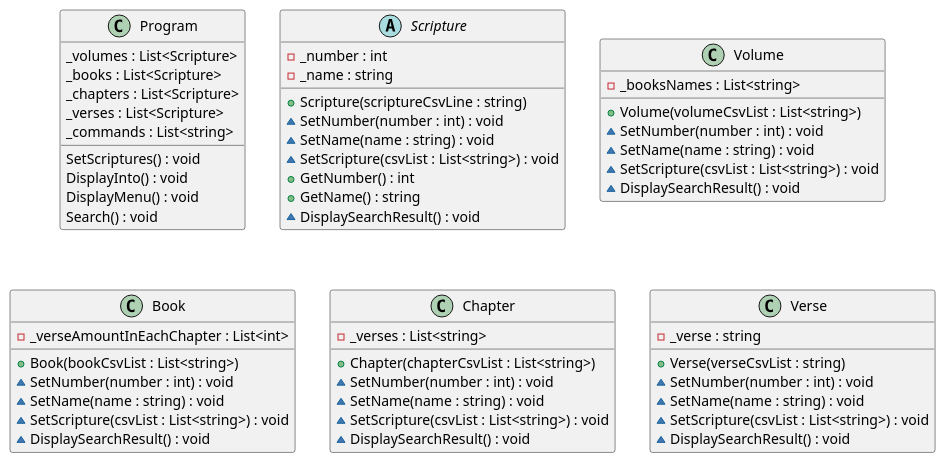
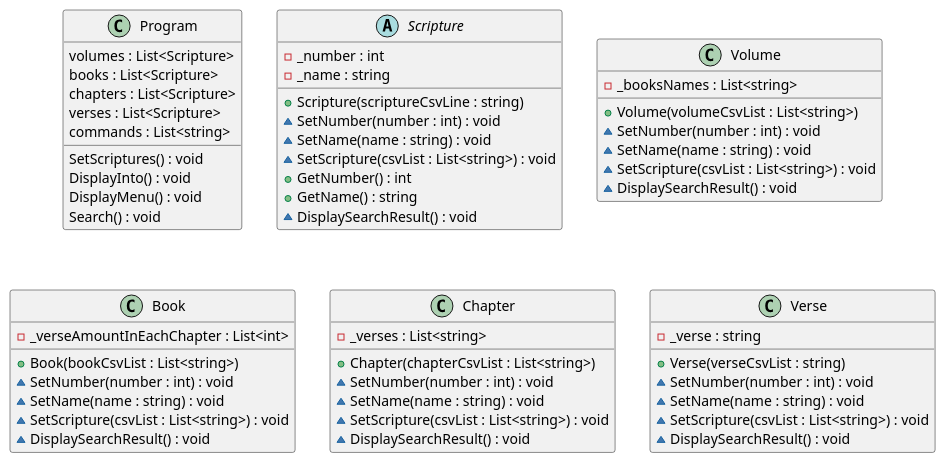
One commit to joshwmerrell/cse210-projects changed the diagram in final/FinalProject/design.puml. Above: the diagram before and after it, drawn with PlantUML. The commit also changed 2 other files, not shown here.

```diff
--- a/final/FinalProject/design.puml
+++ b/final/FinalProject/design.puml
@@ -1,74 +1,74 @@
 @startuml finalDesign
 
 class Program
 {
-    _volumes : List<Scripture>
-    _books : List<Scripture>
-    _chapters : List<Scripture>
-    _verses : List<Scripture>
-    _commands : List<string>
+    volumes : List<Scripture>
+    books : List<Scripture>
+    chapters : List<Scripture>
+    verses : List<Scripture>
+    commands : List<string>
     SetScriptures() : void
     DisplayInto() : void
     DisplayMenu() : void
     Search() : void
     ' GetInquiry() : string
     ' CommandAndSearchingForArePresent() : bool
     ' CommandIsPresent() : bool
     ' GetCommand(inquiry : string) : string
     ' GetSearchingFor(inquiry : string) : string
 }
 
 abstract Scripture
 {
     -_number : int
     -_name : string
     +Scripture(scriptureCsvLine : string)
     ~SetNumber(number : int) : void
     ~SetName(name : string) : void
     ~SetScripture(csvList : List<string>) : void
     +GetNumber() : int
     +GetName() : string
     ~DisplaySearchResult() : void
 }
 
 class Volume
 {
     -_booksNames : List<string>
     +Volume(volumeCsvList : List<string>)
     ~SetNumber(number : int) : void
     ~SetName(name : string) : void
     ~SetScripture(csvList : List<string>) : void
     ~DisplaySearchResult() : void
 }
 
 class Book
 {
     -_verseAmountInEachChapter : List<int>
     +Book(bookCsvList : List<string>)
     ~SetNumber(number : int) : void
     ~SetName(name : string) : void
     ~SetScripture(csvList : List<string>) : void
     ~DisplaySearchResult() : void
 }
 
 class Chapter
 {
     -_verses : List<string>
     +Chapter(chapterCsvList : List<string>)
     ~SetNumber(number : int) : void
     ~SetName(name : string) : void
     ~SetScripture(csvList : List<string>) : void
     ~DisplaySearchResult() : void
 }
 
 class Verse
 {
     -_verse : string
     +Verse(verseCsvList : string)
     ~SetNumber(number : int) : void
     ~SetName(name : string) : void
     ~SetScripture(csvList : List<string>) : void
     ~DisplaySearchResult() : void
 }
 
 @enduml
```
